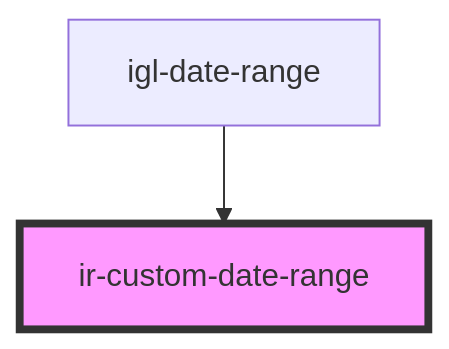
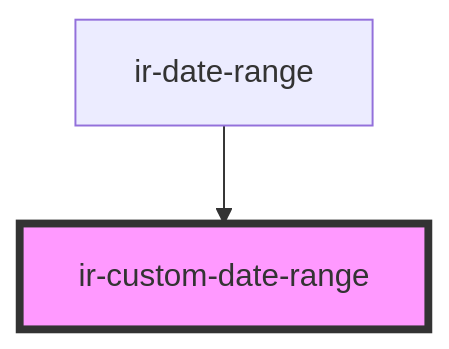
The diagram in src/components/ui/ir-custom-date-range/readme.md (RonyRizk/ir-webcmp), drawn with Mermaid before and after one commit. The commit also changed other lines of this file and 586 other files, not shown here.

````diff
--- a/src/components/ui/ir-custom-date-range/readme.md
+++ b/src/components/ui/ir-custom-date-range/readme.md
@@ -36,5 +55,5 @@
 ```mermaid
 graph TD;
-  igl-date-range --> ir-custom-date-range
+  ir-date-range --> ir-custom-date-range
   style ir-custom-date-range fill:#f9f,stroke:#333,stroke-width:4px
 ```
````
